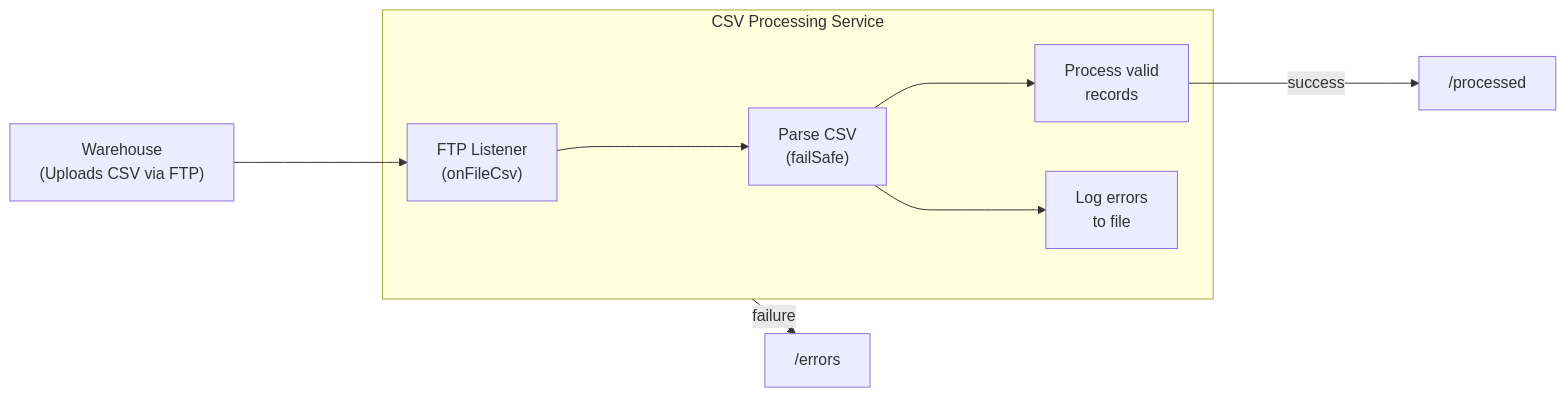
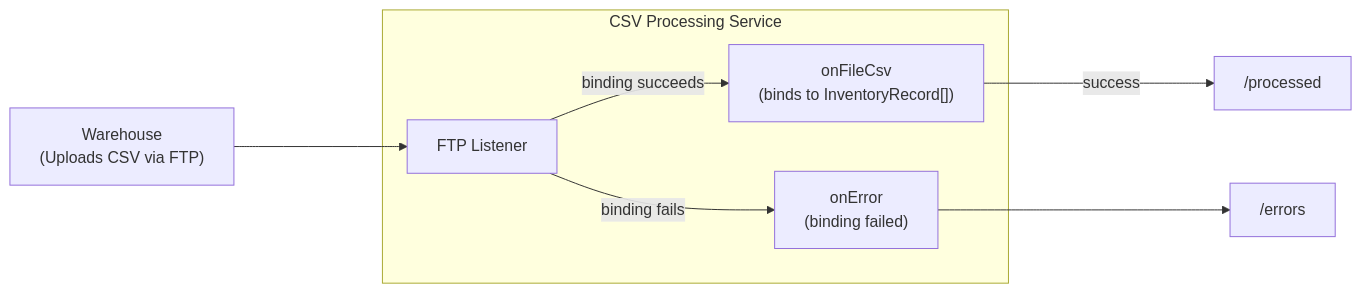
Before and after one commit to Nuvindu/docs-integrator: the diagram in en/docs/tutorials/walkthroughs/csv-ftp-processing.md, drawn with Mermaid. The commit also changed other lines of this file, not shown here.

Commit message:
Fix issues in CSV FTP processing guide

````diff
--- a/en/docs/tutorials/walkthroughs/csv-ftp-processing.md
+++ b/en/docs/tutorials/walkthroughs/csv-ftp-processing.md
@@ -33,20 +33,18 @@
 ```mermaid
 flowchart LR
     Warehouse["Warehouse<br/>(Uploads CSV via FTP)"]
     subgraph Service["CSV Processing Service"]
-        Listen["FTP Listener<br/>(onFileCsv)"]
-        Parse["Parse CSV<br/>(failSafe)"]
-        Process["Process valid<br/>records"]
-        Log["Log errors<br/>to file"]
+        Listen["FTP Listener"]
+        OnFile["onFileCsv<br/>(binds to InventoryRecord[])"]
+        OnErr["onError<br/>(binding failed)"]
 
-        Listen ----> Parse
-        Parse ----> Process
-        Parse ----> Log
+        Listen -- "binding succeeds" --> OnFile
+        Listen -- "binding fails" --> OnErr
     end
     Processed["/processed"]
     Errors["/errors"]
 
     Warehouse ----> Listen
-    Process -- "success" ----> Processed
-    Service -- "failure" ----> Errors
+    OnFile -- "success" ----> Processed
+    OnErr ----> Errors
 ```
````
